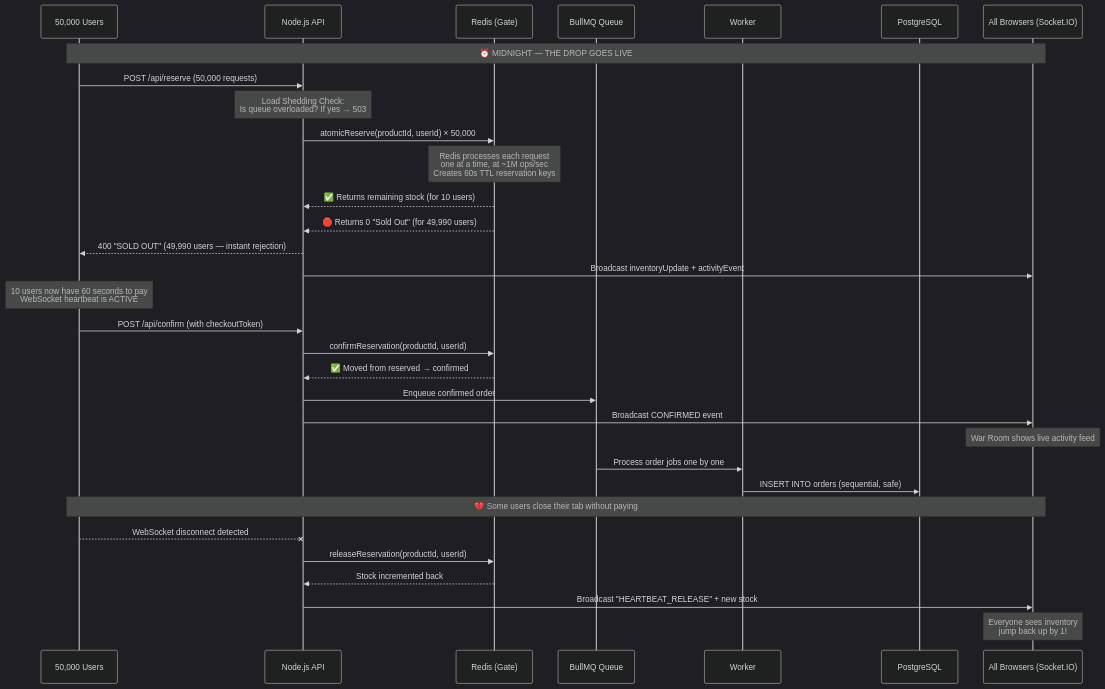
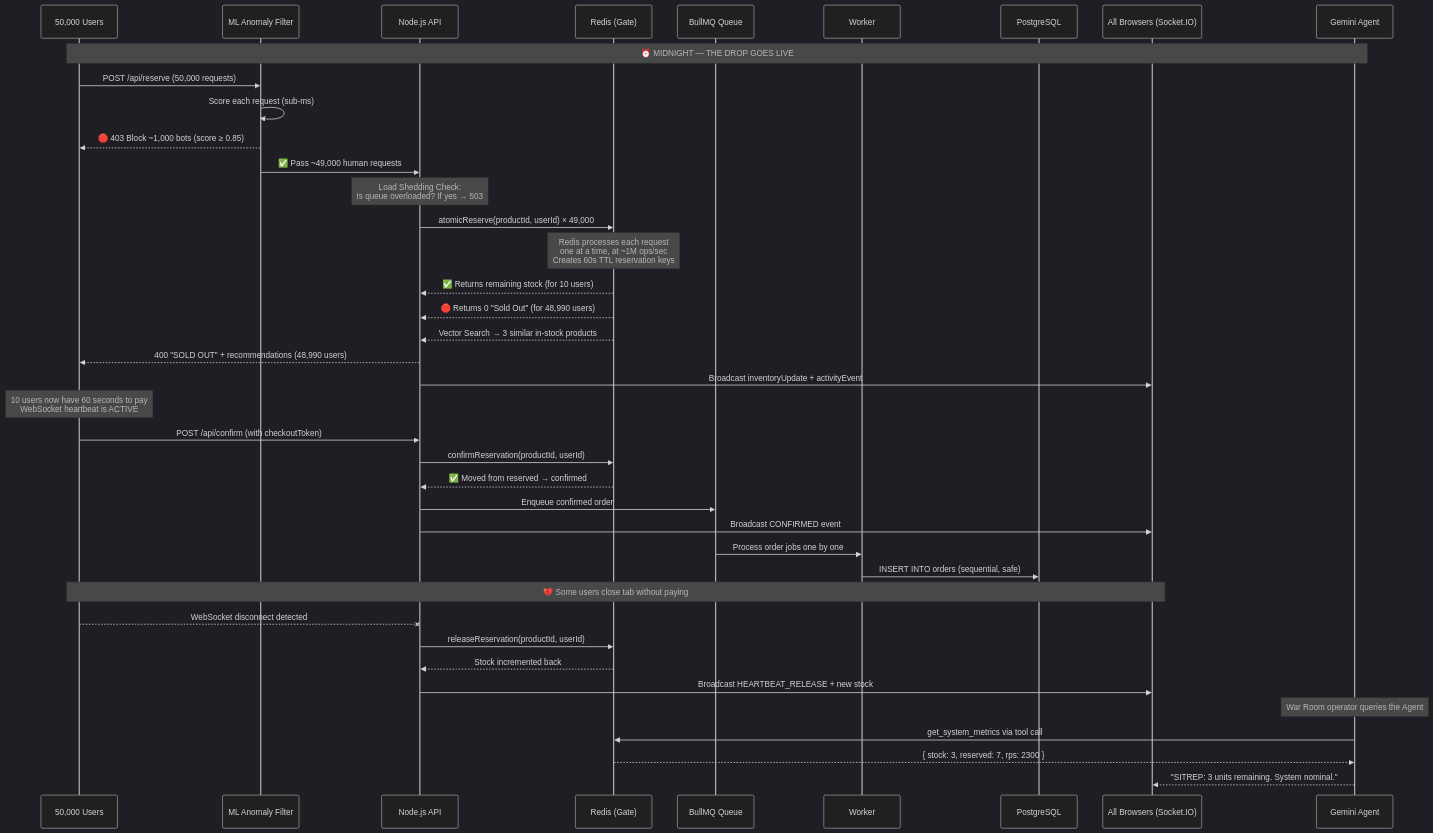
Before and after one commit to veeralsaxena/The-midnight-gate: the sixth of 7 diagrams in the_midnight_gate_explained.md, drawn with Mermaid (dark theme). The commit also changed other lines of this file and 22 other files, not shown here.

````diff
--- a/the_midnight_gate_explained.md
+++ b/the_midnight_gate_explained.md
@@ -315,48 +893,55 @@
 ```mermaid
 sequenceDiagram
     participant U as 50,000 Users
+    participant ML as ML Anomaly Filter
     participant API as Node.js API
     participant R as Redis (Gate)
     participant Q as BullMQ Queue
     participant W as Worker
     participant DB as PostgreSQL
     participant WS as All Browsers (Socket.IO)
+    participant AI as Gemini Agent
 
-    Note over U,WS: ⏰ MIDNIGHT — THE DROP GOES LIVE
+    Note over U,AI: ⏰ MIDNIGHT — THE DROP GOES LIVE
 
-    U->>API: POST /api/reserve (50,000 requests)
-    
+    U->>ML: POST /api/reserve (50,000 requests)
+    ML->>ML: Score each request (sub-ms)
+    ML-->>U: 🛑 403 Block ~1,000 bots (score ≥ 0.85)
+    ML->>API: ✅ Pass ~49,000 human requests
+
     Note over API: Load Shedding Check:<br/>Is queue overloaded? If yes → 503
 
-    API->>R: atomicReserve(productId, userId) × 50,000
+    API->>R: atomicReserve(productId, userId) × 49,000
 
     Note over R: Redis processes each request<br/>one at a time, at ~1M ops/sec<br/>Creates 60s TTL reservation keys
 
     R-->>API: ✅ Returns remaining stock (for 10 users)
-    R-->>API: 🛑 Returns 0 "Sold Out" (for 49,990 users)
+    R-->>API: 🛑 Returns 0 "Sold Out" (for 48,990 users)
+    R-->>API: Vector Search → 3 similar in-stock products
 
-    API-->>U: 400 "SOLD OUT" (49,990 users — instant rejection)
+    API-->>U: 400 "SOLD OUT" + recommendations (48,990 users)
     API->>WS: Broadcast inventoryUpdate + activityEvent
 
     Note over U: 10 users now have 60 seconds to pay<br/>WebSocket heartbeat is ACTIVE
 
     U->>API: POST /api/confirm (with checkoutToken)
     API->>R: confirmReservation(productId, userId)
     R-->>API: ✅ Moved from reserved → confirmed
     API->>Q: Enqueue confirmed order
     API->>WS: Broadcast CONFIRMED event
 
-    Note over WS: War Room shows live activity feed
-
     Q->>W: Process order jobs one by one
     W->>DB: INSERT INTO orders (sequential, safe)
 
-    Note over U,WS: 💔 Some users close their tab without paying
-    
+    Note over U,WS: 💔 Some users close tab without paying
+
     U--xAPI: WebSocket disconnect detected
     API->>R: releaseReservation(productId, userId)
     R-->>API: Stock incremented back
-    API->>WS: Broadcast "HEARTBEAT_RELEASE" + new stock
-    
-    Note over WS: Everyone sees inventory<br/>jump back up by 1!
+    API->>WS: Broadcast HEARTBEAT_RELEASE + new stock
+
+    Note over AI: War Room operator queries the Agent
+    AI->>R: get_system_metrics via tool call
+    R-->>AI: { stock: 3, reserved: 7, rps: 2300 }
+    AI-->>WS: "SITREP: 3 units remaining. System nominal."
 ```
````
